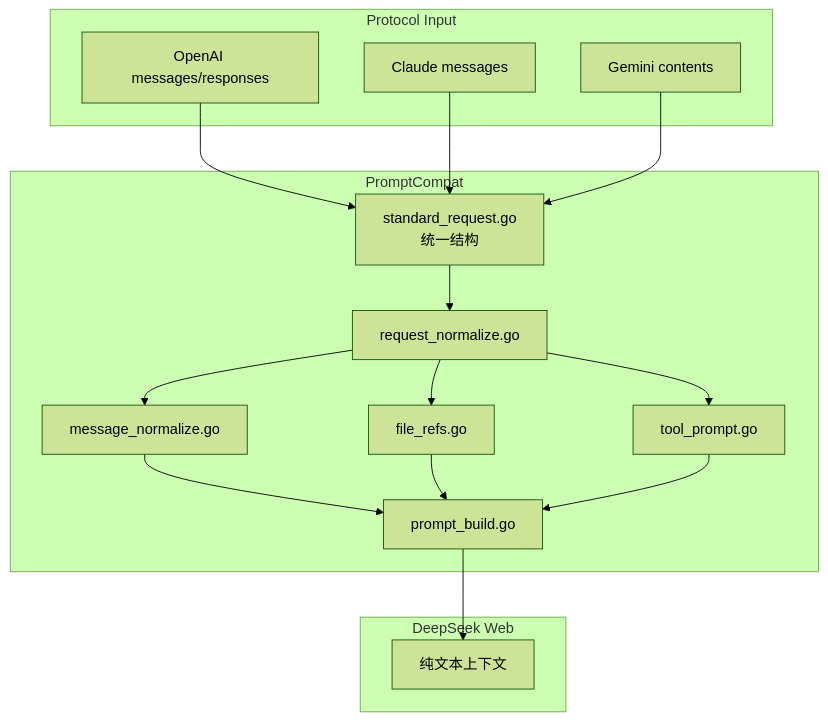
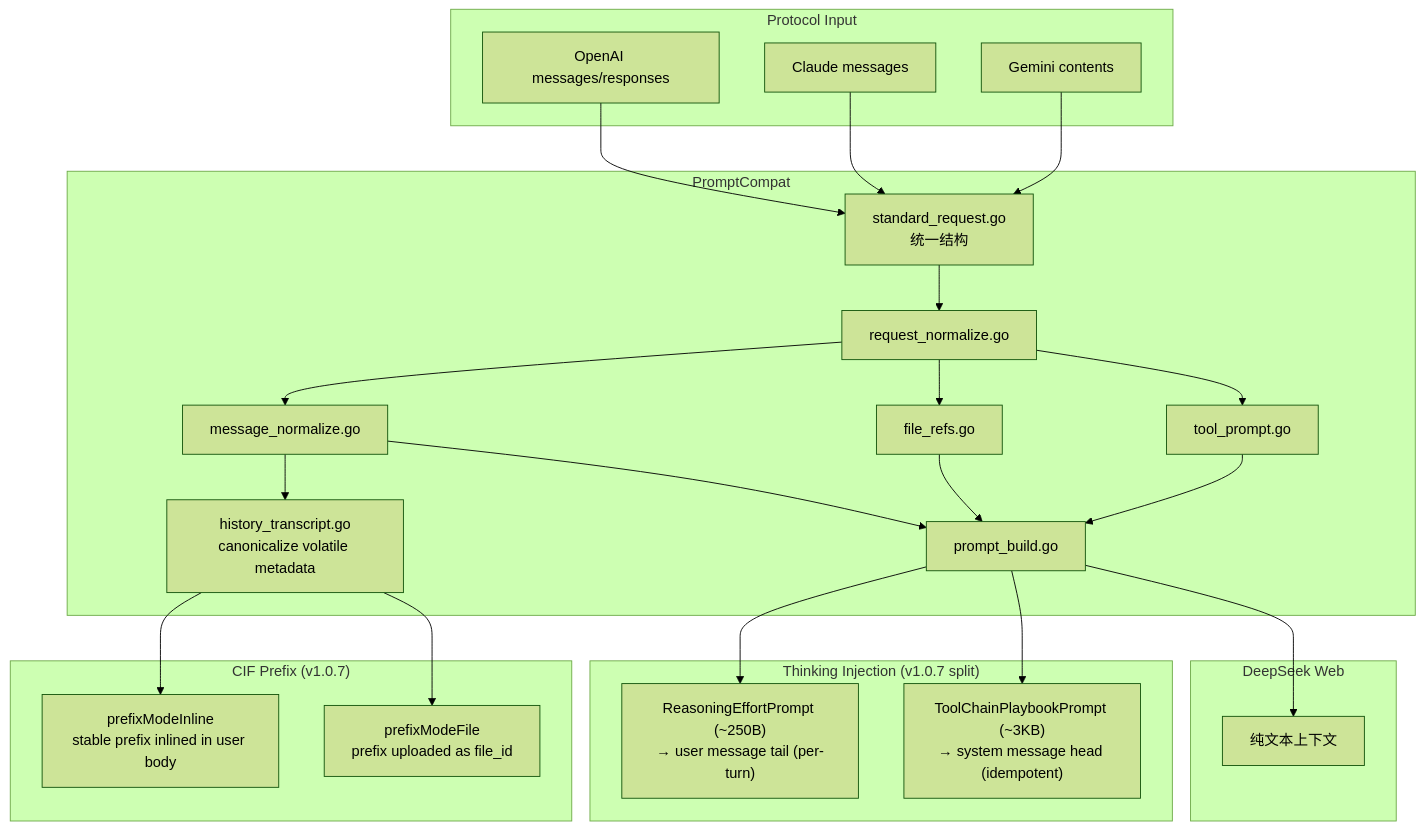
One commit to marklove5102/DeepSeek_Web_To_API changed the first of 2 diagrams in docs/prompt-compatibility.md. Above: the diagram before and after it, drawn with Mermaid (forest theme). The commit also changed other lines of this file and 17 other files, not shown here.

````diff
--- a/docs/prompt-compatibility.md
+++ b/docs/prompt-compatibility.md
@@ -43,30 +48,44 @@
 ```mermaid
 graph TB
 subgraph "Protocol Input"
 OPENAI["OpenAI messages/responses"]
 CLAUDE["Claude messages"]
 GEMINI["Gemini contents"]
 end
 subgraph "PromptCompat"
 STANDARD["standard_request.go<br/>统一结构"]
 REQ["request_normalize.go"]
 MSG["message_normalize.go"]
 FILES["file_refs.go"]
 TOOLS["tool_prompt.go"]
 BUILD["prompt_build.go"]
+TRANSCRIPT["history_transcript.go<br/>canonicalize volatile metadata"]
+end
+subgraph "Thinking Injection (v1.0.7 split)"
+EFFORT["ReasoningEffortPrompt (~250B)<br/>→ user message tail (per-turn)"]
+PLAYBOOK["ToolChainPlaybookPrompt (~3KB)<br/>→ system message head (idempotent)"]
+end
+subgraph "CIF Prefix (v1.0.7)"
+INLINE["prefixModeInline<br/>stable prefix inlined in user body"]
+FILE["prefixModeFile<br/>prefix uploaded as file_id"]
 end
 subgraph "DeepSeek Web"
 TEXT["纯文本上下文"]
 end
 OPENAI --> STANDARD
 CLAUDE --> STANDARD
 GEMINI --> STANDARD
 STANDARD --> REQ
 REQ --> MSG
 REQ --> FILES
 REQ --> TOOLS
+MSG --> TRANSCRIPT
 MSG --> BUILD
 FILES --> BUILD
 TOOLS --> BUILD
+TRANSCRIPT --> INLINE
+TRANSCRIPT --> FILE
+BUILD --> EFFORT
+BUILD --> PLAYBOOK
 BUILD --> TEXT
 ```
````
